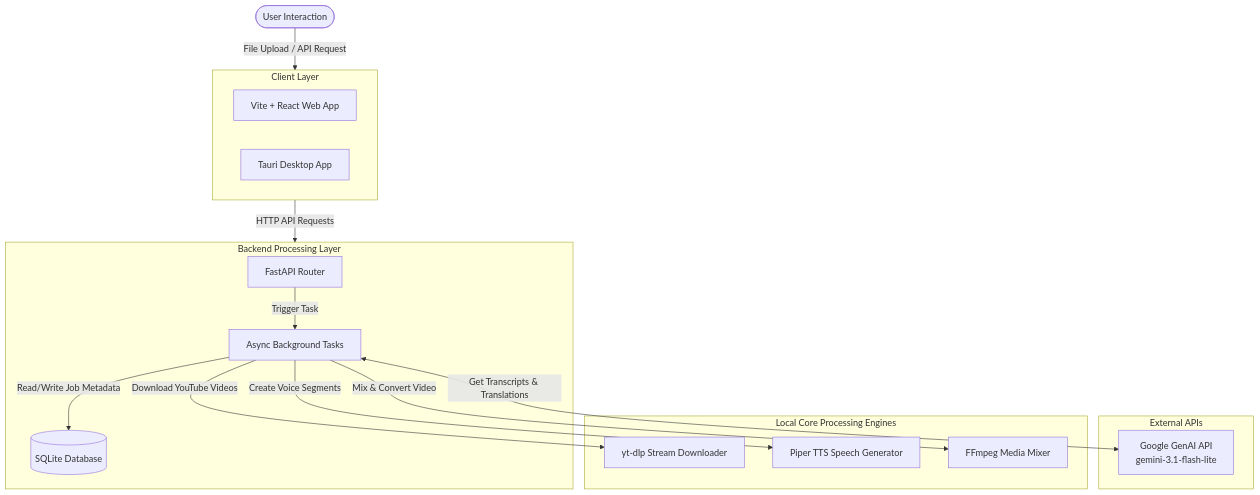
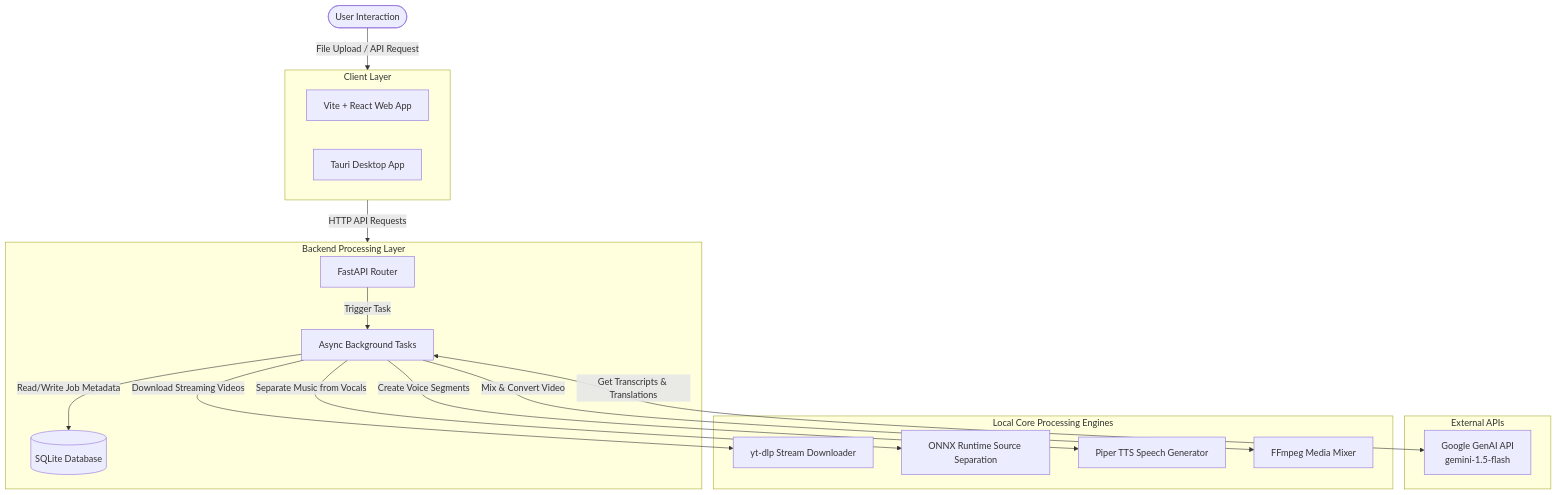
Before and after one commit to PraveenAmujuri/ai_video_translator: the diagram in README.md, drawn with Mermaid. The commit also changed other lines of this file and 10 other files, not shown here.

````diff
--- a/README.md
+++ b/README.md
@@ -46,31 +53,33 @@
 ```mermaid
 graph TD
   User([User Interaction]) --> |File Upload / API Request| Clients
   
   subgraph Clients [Client Layer]
     Web[Vite + React Web App]
     Desktop[Tauri Desktop App]
   end
 
   Clients --> |HTTP API Requests| Backend[FastAPI Python Backend]
   
   subgraph Backend [Backend Processing Layer]
     API[FastAPI Router] --> |Trigger Task| Worker[Async Background Tasks]
     Worker --> |Read/Write Job Metadata| DB[(SQLite Database)]
   end
 
   subgraph External [External APIs]
-    Gemini[Google GenAI API <br> gemini-3.1-flash-lite]
+    Gemini[Google GenAI API <br> gemini-1.5-flash]
   end
 
   subgraph Engine [Local Core Processing Engines]
     YTDLP[yt-dlp Stream Downloader]
+    ONNX[ONNX Runtime Source Separation]
     Piper[Piper TTS Speech Generator]
     FFmpeg[FFmpeg Media Mixer]
   end
 
   Worker <--> |Get Transcripts & Translations| Gemini
-  Worker --> |Download YouTube Videos| YTDLP
+  Worker --> |Download Streaming Videos| YTDLP
+  Worker --> |Separate Music from Vocals| ONNX
   Worker --> |Create Voice Segments| Piper
   Worker --> |Mix & Convert Video| FFmpeg
 ```
````
